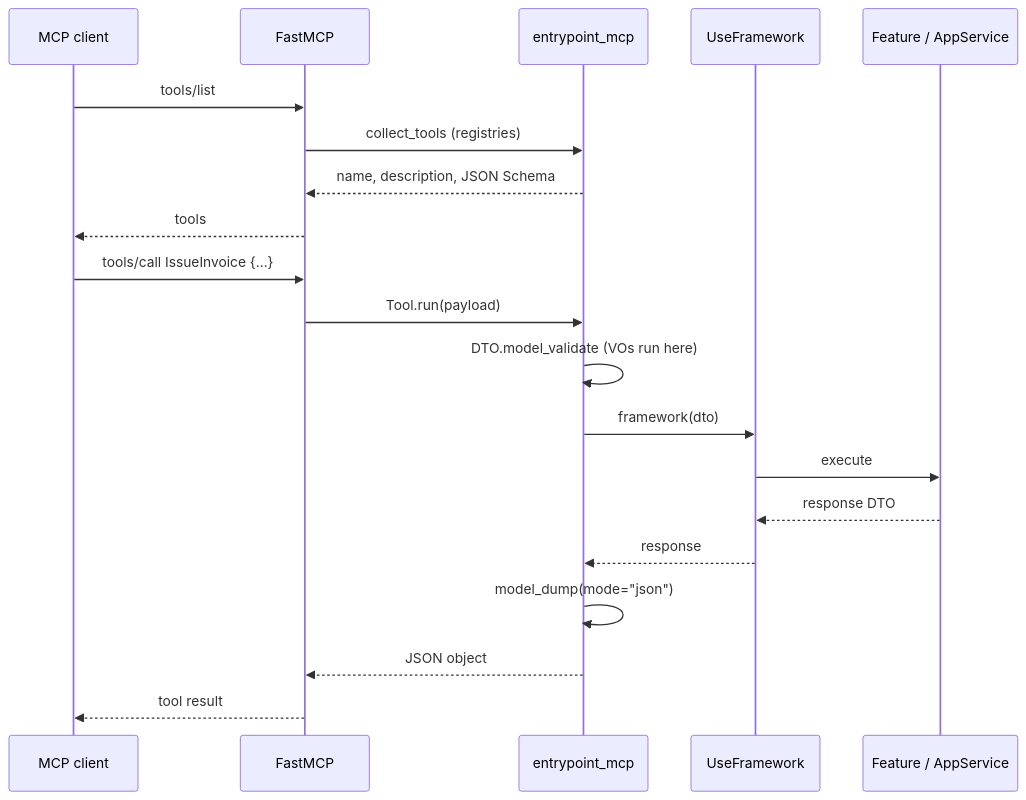
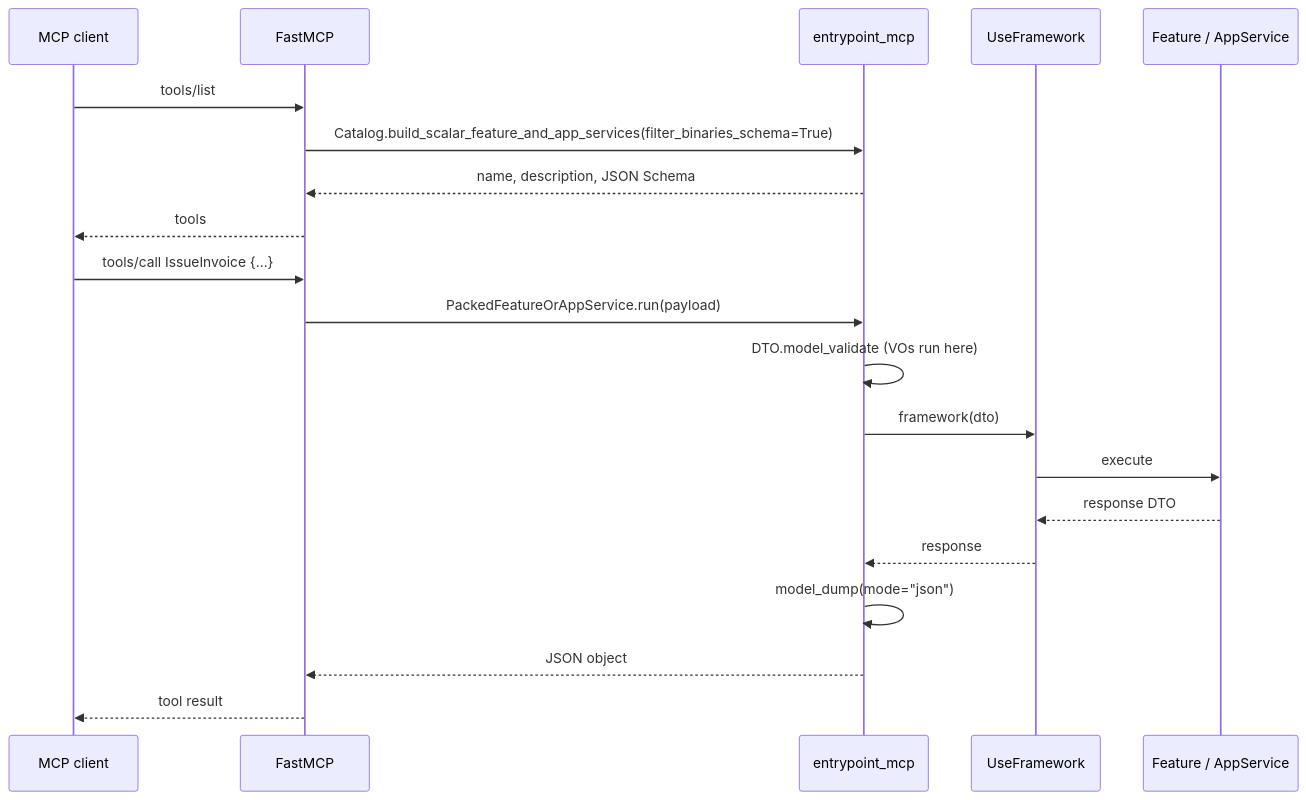
Before and after one commit to Sincpro-SRL/sincpro_framework: the diagram in docs/architecture/entrypoint_mcp.md, drawn with Mermaid. The commit also changed other lines of this file and 21 other files, not shown here.

````diff
--- a/docs/architecture/entrypoint_mcp.md
+++ b/docs/architecture/entrypoint_mcp.md
@@ -134,24 +134,24 @@
 ```mermaid
 sequenceDiagram
     participant Agent as MCP client
     participant Host as FastMCP
     participant EP as entrypoint_mcp
     participant Bus as UseFramework
     participant F as Feature / AppService
 
     Agent->>Host: tools/list
-    Host->>EP: collect_tools (registries)
+    Host->>EP: Catalog.build_scalar_feature_and_app_services(filter_binaries_schema=True)
     EP-->>Host: name, description, JSON Schema
     Host-->>Agent: tools
 
     Agent->>Host: tools/call IssueInvoice {…}
-    Host->>EP: Tool.run(payload)
+    Host->>EP: PackedFeatureOrAppService.run(payload)
     EP->>EP: DTO.model_validate (VOs run here)
     EP->>Bus: framework(dto)
     Bus->>F: execute
     F-->>Bus: response DTO
     Bus-->>EP: response
     EP->>EP: model_dump(mode="json")
     EP-->>Host: JSON object
     Host-->>Agent: tool result
 ```
````
